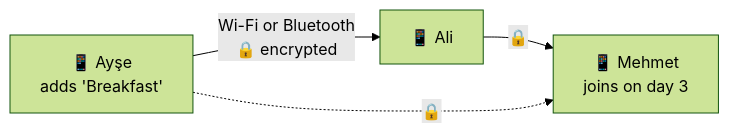
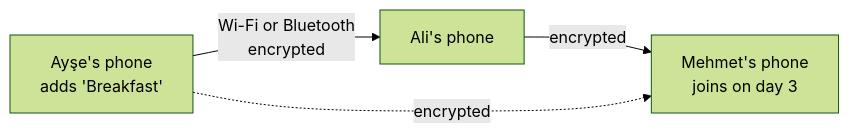
Before and after one commit to olcayertas/trip-split: the diagram in README.md, drawn with Mermaid (forest theme).

Commit message:
Remove emoji from the README diagram, because GitHub Mermaid cannot draw them

````diff
--- a/README.md
+++ b/README.md
@@ -70,6 +70,6 @@
 ```mermaid
 flowchart LR
-    A["📱 Ayşe<br/>adds 'Breakfast'"] -- "Wi-Fi or Bluetooth<br/>🔒 encrypted" --> B["📱 Ali"]
-    B -- "🔒" --> C["📱 Mehmet<br/>joins on day 3"]
-    A -. "🔒" .-> C
+    A["Ayşe's phone<br/>adds 'Breakfast'"] -- "Wi-Fi or Bluetooth<br/>encrypted" --> B["Ali's phone"]
+    B -- "encrypted" --> C["Mehmet's phone<br/>joins on day 3"]
+    A -. "encrypted" .-> C
 ```
````
